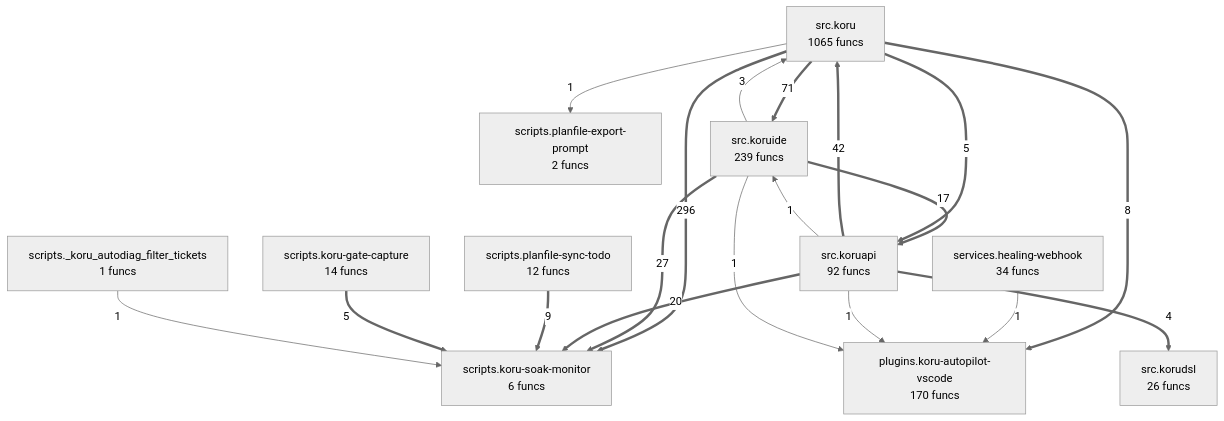
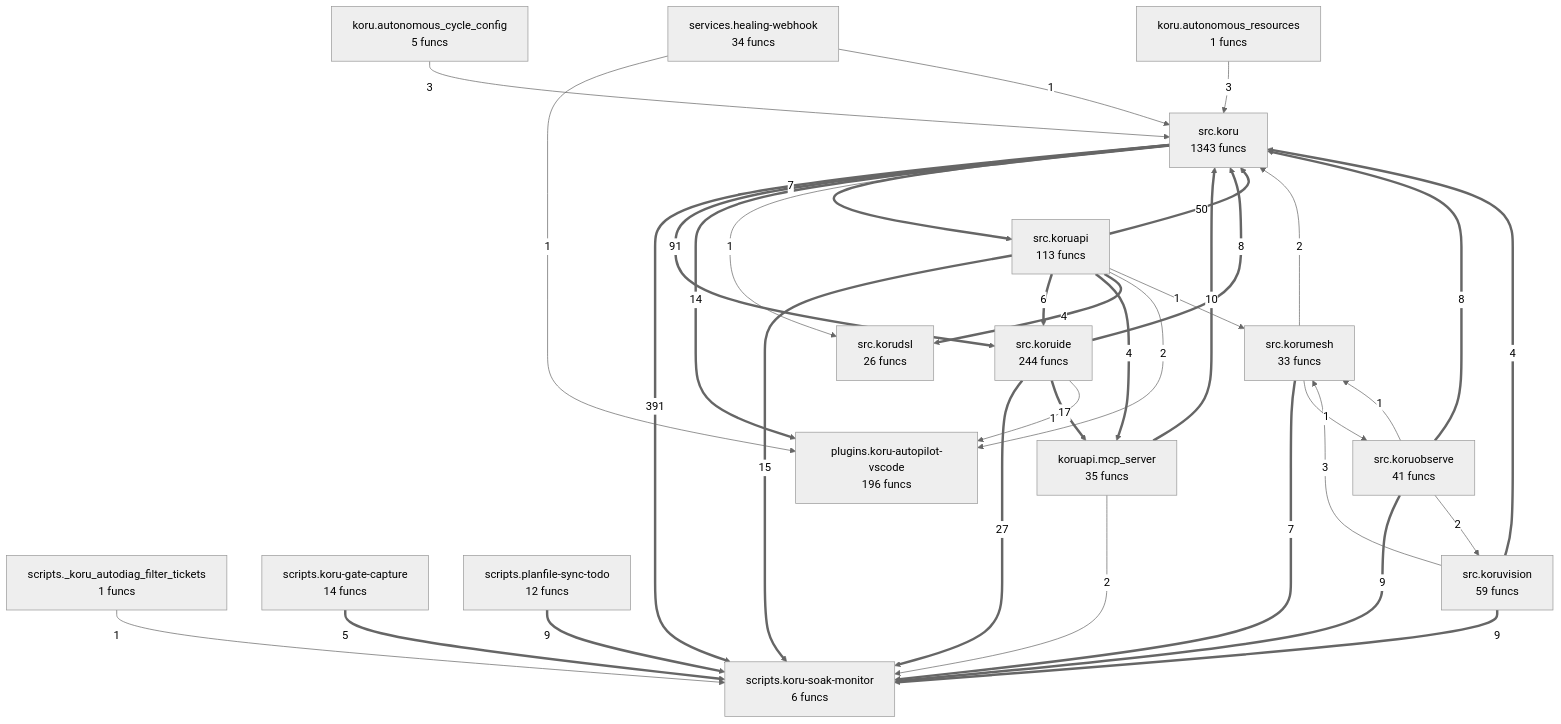
The diagram in project/compact_flow.mmd (semcod/koru), drawn with Mermaid (neutral theme) before and after one commit. The commit also changed 41 other files, not shown here.

```diff
--- a/project/compact_flow.mmd
+++ b/project/compact_flow.mmd
@@ -1,31 +1,53 @@
 flowchart TD
-%% generated in 0.04s
-    plugins__koru_autopilot_vscode["plugins.koru-autopilot-vscode<br/>170 funcs"]
+%% generated in 0.07s
+    koru__autonomous_cycle_config["koru.autonomous_cycle_config<br/>5 funcs"]
+    koru__autonomous_resources["koru.autonomous_resources<br/>1 funcs"]
+    koruapi__mcp_server["koruapi.mcp_server<br/>35 funcs"]
+    plugins__koru_autopilot_vscode["plugins.koru-autopilot-vscode<br/>196 funcs"]
     scripts___koru_autodiag_filter_tickets["scripts._koru_autodiag_filter_tickets<br/>1 funcs"]
     scripts__koru_gate_capture["scripts.koru-gate-capture<br/>14 funcs"]
     scripts__koru_soak_monitor["scripts.koru-soak-monitor<br/>6 funcs"]
-    scripts__planfile_export_prompt["scripts.planfile-export-prompt<br/>2 funcs"]
     scripts__planfile_sync_todo["scripts.planfile-sync-todo<br/>12 funcs"]
     services__healing_webhook["services.healing-webhook<br/>34 funcs"]
-    src__koru["src.koru<br/>1065 funcs"]
-    src__koruapi["src.koruapi<br/>92 funcs"]
+    src__koru["src.koru<br/>1343 funcs"]
+    src__koruapi["src.koruapi<br/>113 funcs"]
     src__korudsl["src.korudsl<br/>26 funcs"]
-    src__koruide["src.koruide<br/>239 funcs"]
-    src__koru ==>|296| scripts__koru_soak_monitor
-    src__koru ==>|71| src__koruide
-    src__koruapi ==>|42| src__koru
+    src__koruide["src.koruide<br/>244 funcs"]
+    src__korumesh["src.korumesh<br/>33 funcs"]
+    src__koruobserve["src.koruobserve<br/>41 funcs"]
+    src__koruvision["src.koruvision<br/>59 funcs"]
+    src__koru ==>|391| scripts__koru_soak_monitor
+    src__koru ==>|91| src__koruide
+    src__koruapi ==>|50| src__koru
     src__koruide ==>|27| scripts__koru_soak_monitor
-    src__koruapi ==>|20| scripts__koru_soak_monitor
-    src__koruide ==>|17| src__koruapi
+    src__koruide ==>|17| koruapi__mcp_server
+    src__koruapi ==>|15| scripts__koru_soak_monitor
+    src__koru ==>|14| plugins__koru_autopilot_vscode
+    koruapi__mcp_server ==>|10| src__koru
     scripts__planfile_sync_todo ==>|9| scripts__koru_soak_monitor
-    src__koru ==>|8| plugins__koru_autopilot_vscode
-    src__koru ==>|5| src__koruapi
+    src__koruobserve ==>|9| scripts__koru_soak_monitor
+    src__koruvision ==>|9| scripts__koru_soak_monitor
+    src__koruide ==>|8| src__koru
+    src__koruobserve ==>|8| src__koru
+    src__koru ==>|7| src__koruapi
+    src__korumesh ==>|7| scripts__koru_soak_monitor
+    src__koruapi ==>|6| src__koruide
     scripts__koru_gate_capture ==>|5| scripts__koru_soak_monitor
+    src__koruapi ==>|4| koruapi__mcp_server
     src__koruapi ==>|4| src__korudsl
-    src__koruide -->|3| src__koru
+    src__koruvision ==>|4| src__koru
+    koru__autonomous_cycle_config -->|3| src__koru
+    koru__autonomous_resources -->|3| src__koru
+    src__koruvision -->|3| src__korumesh
+    src__koruapi -->|2| plugins__koru_autopilot_vscode
+    koruapi__mcp_server -->|2| scripts__koru_soak_monitor
+    src__koruobserve -->|2| src__koruvision
+    src__korumesh -->|2| src__koru
     services__healing_webhook -->|1| plugins__koru_autopilot_vscode
-    src__koruapi -->|1| plugins__koru_autopilot_vscode
-    src__koruapi -->|1| src__koruide
+    services__healing_webhook -->|1| src__koru
     src__koruide -->|1| plugins__koru_autopilot_vscode
-    src__koru -->|1| scripts__planfile_export_prompt
     scripts___koru_autodiag_filter_tickets -->|1| scripts__koru_soak_monitor
+    src__koruobserve -->|1| src__korumesh
+    src__korumesh -->|1| src__koruobserve
+    src__koru -->|1| src__korudsl
+    src__koruapi -->|1| src__korumesh
```
